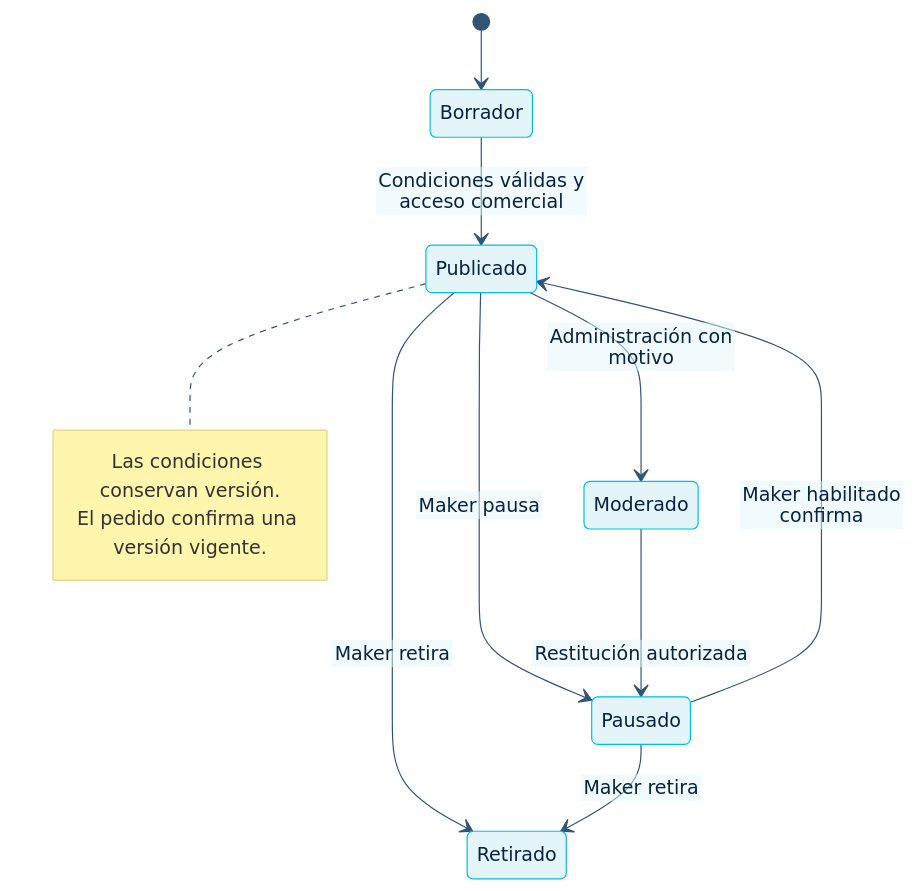
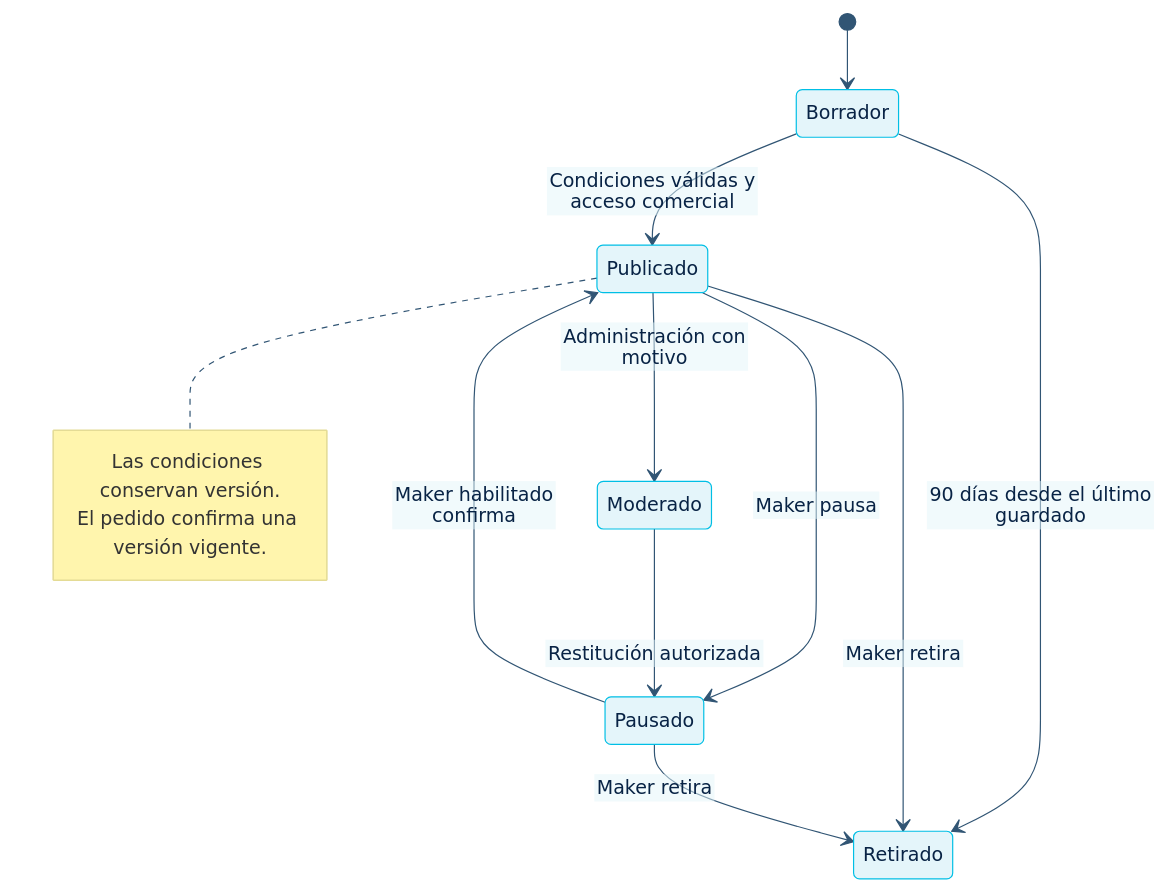
Before and after one commit to chill0101/3daltoque-docs: the diagram in public/documentos/c4a9b64f607e-estados-producto.mmd, drawn with Mermaid. The commit also changed 103 other files, not shown here.

```diff
--- a/public/documentos/c4a9b64f607e-estados-producto.mmd
+++ b/public/documentos/c4a9b64f607e-estados-producto.mmd
@@ -1,14 +1,15 @@
 %%{init: {"theme":"base","themeVariables":{"primaryColor":"#E4F5FA","primaryTextColor":"#082345","primaryBorderColor":"#00BFE5","lineColor":"#315574","secondaryColor":"#F5F8FC","tertiaryColor":"#FFFFFF","fontFamily":"Manrope, sans-serif"},"flowchart":{"htmlLabels":false},"class":{"htmlLabels":false}}}%%
 stateDiagram-v2
   [*] --> Borrador
   Borrador --> Publicado: Condiciones válidas y acceso comercial
+  Borrador --> Retirado: 90 días desde el último guardado
   Publicado --> Pausado: Maker pausa
   Pausado --> Publicado: Maker habilitado confirma
   Publicado --> Retirado: Maker retira
   Pausado --> Retirado: Maker retira
   Publicado --> Moderado: Administración con motivo
   Moderado --> Pausado: Restitución autorizada
   note right of Publicado
     Las condiciones conservan versión.
     El pedido confirma una versión vigente.
   end note
```
